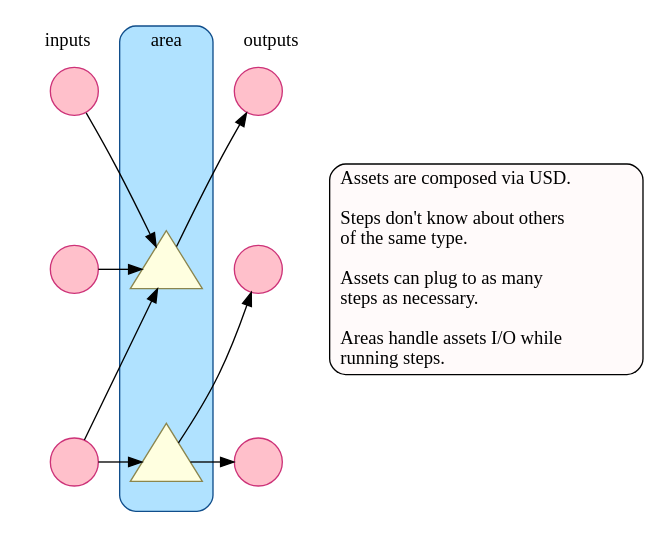
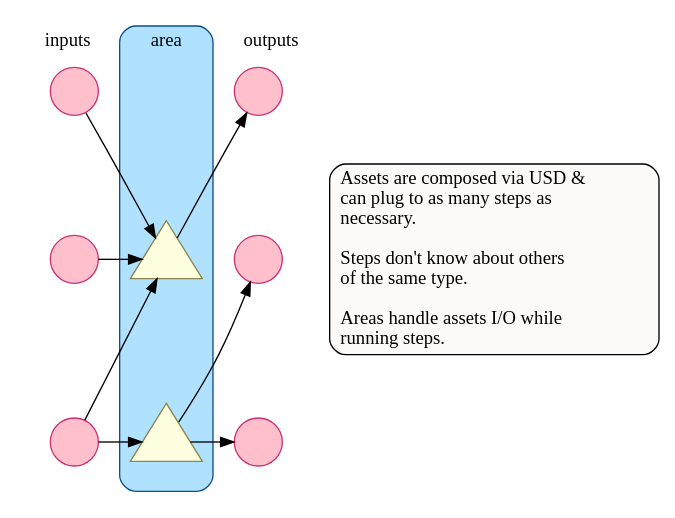
One commit to thegrill/grill changed the diagram in docs/source/area_overview.dot. Above: the diagram before and after it, drawn with Graphviz.

Commit message:
3 points

```diff
--- a/docs/source/area_overview.dot
+++ b/docs/source/area_overview.dot
@@ -1,37 +1,37 @@
 digraph area_overview {
     bgcolor=invis
     newrank=true
     subgraph cluster_inputs {
         label=inputs
         color=invis
         node [shape=circle label="" fillcolor=pink style=filled color=violetred3] input_asset1 input_asset2 input_asset3
         input_asset1 -> input_asset2 -> input_asset3 [style=invis]
     }
     subgraph cluster_area {
         style="filled,rounded"
         label=area
         fillcolor=lightskyblue1 color=dodgerblue4
         sentinel [style=invis label=""]
         node [shape=triangle label="" fillcolor=lightyellow style=filled color=khaki4 height=.8] step2 step3
         sentinel -> step2 -> step3 [style=invis]
     }
     subgraph cluster_outputs {
         label=outputs
         color=invis
         node [shape=circle label="" fillcolor=pink style=filled color=violetred3] output_asset1 output_asset2 output_asset3
         output_asset1 -> output_asset2 -> output_asset3 [style=invis]
     }
     {input_asset1 input_asset2 input_asset3} -> step2
     input_asset3 -> step3
     step2 -> output_asset1
     step3 -> {output_asset2 output_asset3}
     {rank=same input_asset1 sentinel output_asset1}
     {rank=same input_asset2 step2 output_asset2}
     {rank=same input_asset3 step3 output_asset3}
     description [shape=record style="rounded,filled" fillcolor=snow label="
-        Assets are composed via USD.\l
+        Assets are composed via USD &\l
+        can plug to as many steps as\lnecessary.\l
         \lSteps don't know about others\lof the same type.\l
-        \lAssets can plug to as many\lsteps as necessary.\l
         \lAreas handle assets I/O while\lrunning steps.\l"]
     {rank=same input_asset2 step2 output_asset2 description}
 }
```
